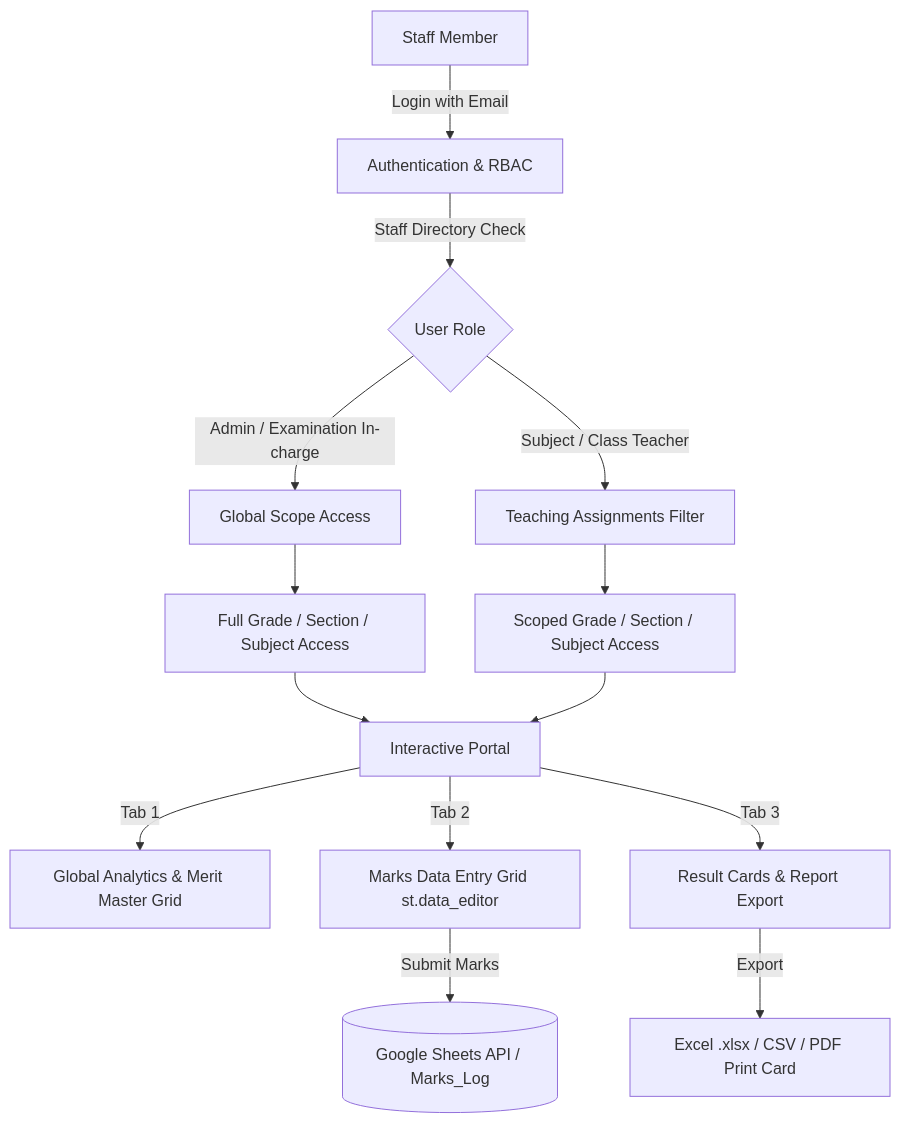
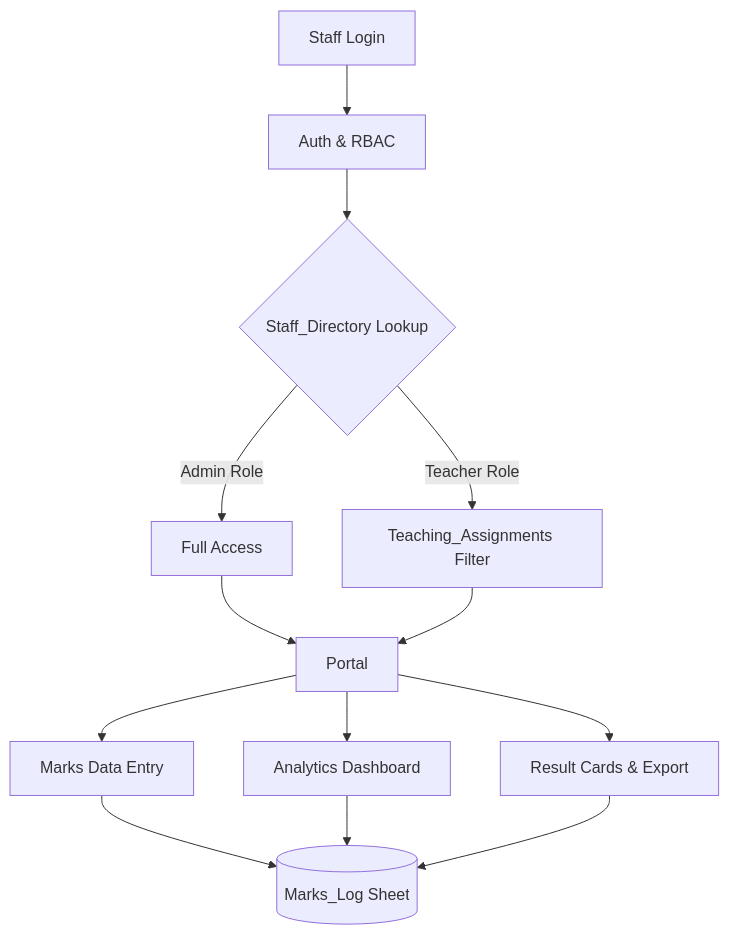
Before and after one commit to mirza-javed/pscc-exam-app: the diagram in README.md, drawn with Mermaid. The commit also changed other lines of this file and 6 other files, not shown here.

````diff
--- a/README.md
+++ b/README.md
@@ -44,21 +44,15 @@
 ```mermaid
 flowchart TD
-    A[Staff Member] -->|Login with Email| B[Authentication & RBAC]
-    B -->|Staff Directory Check| C{User Role}
-    
-    C -->|Admin / Examination In-charge| D[Global Scope Access]
-    C -->|Subject / Class Teacher| E[Teaching Assignments Filter]
-    
-    D --> F[Full Grade / Section / Subject Access]
-    E --> G[Scoped Grade / Section / Subject Access]
-    
-    F --> H[Interactive Portal]
-    G --> H
-    
-    H -->|Tab 1| I[Global Analytics & Merit Master Grid]
-    H -->|Tab 2| J[Marks Data Entry Grid st.data_editor]
-    H -->|Tab 3| K[Result Cards & Report Export]
-    
-    J -->|Submit Marks| L[(Google Sheets API / Marks_Log)]
-    K -->|Export| M[Excel .xlsx / CSV / PDF Print Card]
+    A[Staff Login] --> B[Auth & RBAC]
+    B --> C{Staff_Directory Lookup}
+    C -->|Admin Role| D[Full Access]
+    C -->|Teacher Role| E[Teaching_Assignments Filter]
+    D --> F[Portal]
+    E --> F
+    F --> G[Analytics Dashboard]
+    F --> H[Marks Data Entry]
+    F --> I[Result Cards & Export]
+    H --> J[(Marks_Log Sheet)]
+    G --> J
+    I --> J
 ```
````
